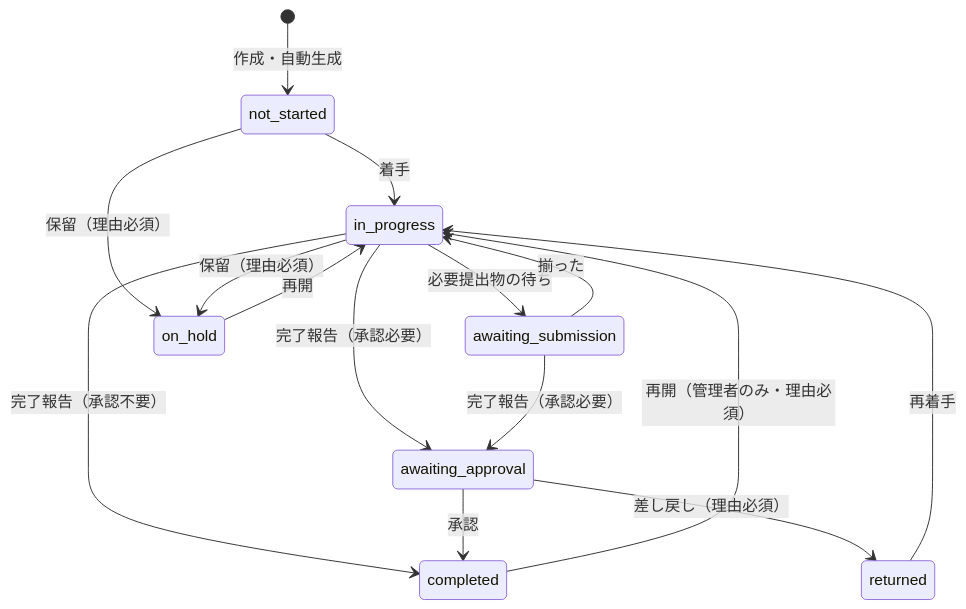
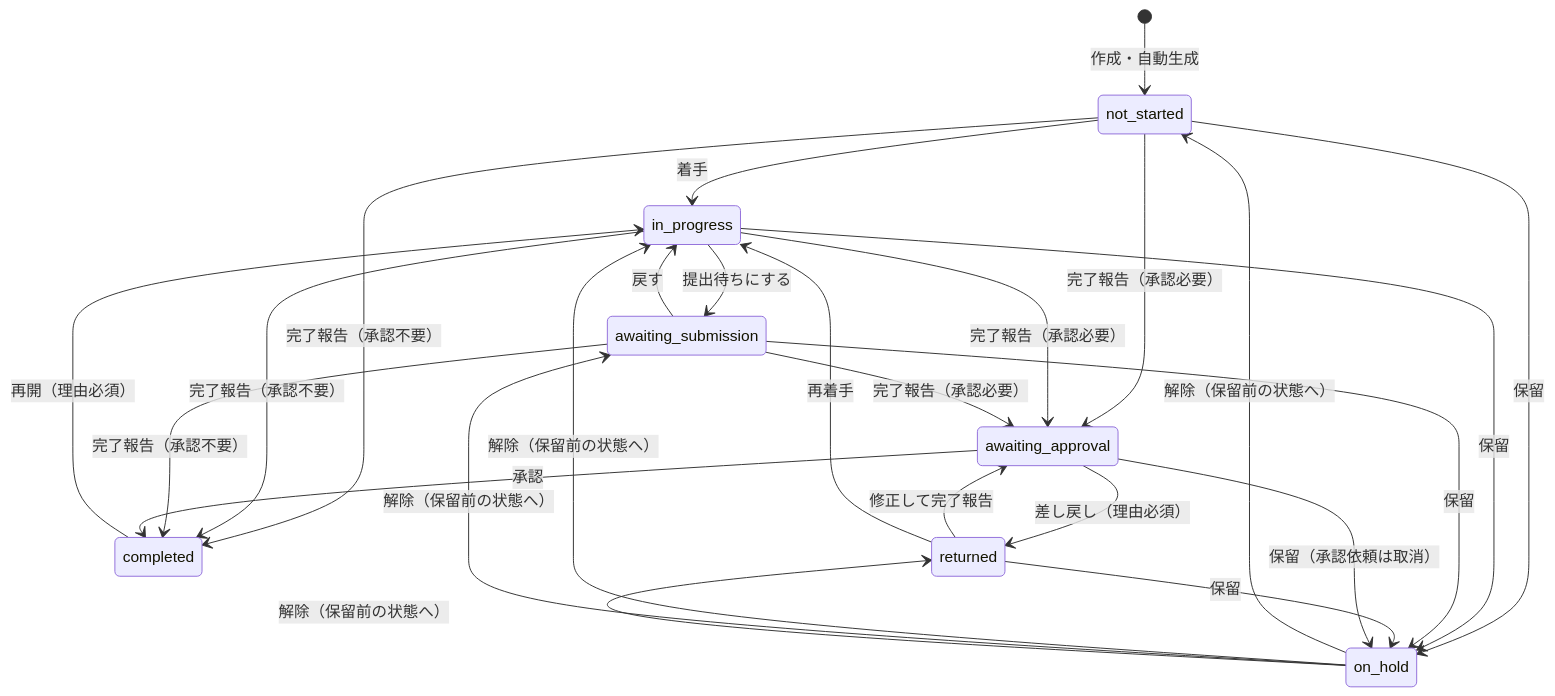
One commit to mao726/company changed the first of 2 diagrams in ai-facility-partner/docs/product/module-specifications.md. Above: the diagram before and after it, drawn with Mermaid. The commit also changed other lines of this file and 22 other files, not shown here.

````diff
--- a/ai-facility-partner/docs/product/module-specifications.md
+++ b/ai-facility-partner/docs/product/module-specifications.md
@@ -51,17 +66,27 @@
 ```mermaid
 stateDiagram-v2
   [*] --> not_started: 作成・自動生成
   not_started --> in_progress: 着手
-  in_progress --> awaiting_submission: 必要提出物の待ち
-  awaiting_submission --> in_progress: 揃った
+  not_started --> awaiting_approval: 完了報告（承認必要）
+  not_started --> completed: 完了報告（承認不要）
+  in_progress --> awaiting_submission: 提出待ちにする
+  awaiting_submission --> in_progress: 戻す
   in_progress --> awaiting_approval: 完了報告（承認必要）
+  in_progress --> completed: 完了報告（承認不要）
   awaiting_submission --> awaiting_approval: 完了報告（承認必要）
-  in_progress --> completed: 完了報告（承認不要）
+  awaiting_submission --> completed: 完了報告（承認不要）
+  returned --> awaiting_approval: 修正して完了報告
+  returned --> in_progress: 再着手
   awaiting_approval --> completed: 承認
   awaiting_approval --> returned: 差し戻し（理由必須）
-  returned --> in_progress: 再着手
-  not_started --> on_hold: 保留（理由必須）
-  in_progress --> on_hold: 保留（理由必須）
-  on_hold --> in_progress: 再開
-  completed --> in_progress: 再開（管理者のみ・理由必須）
+  not_started --> on_hold: 保留
+  in_progress --> on_hold: 保留
+  awaiting_submission --> on_hold: 保留
+  returned --> on_hold: 保留
+  awaiting_approval --> on_hold: 保留（承認依頼は取消）
+  on_hold --> not_started: 解除（保留前の状態へ）
+  on_hold --> in_progress: 解除（保留前の状態へ）
+  on_hold --> awaiting_submission: 解除（保留前の状態へ）
+  on_hold --> returned: 解除（保留前の状態へ）
+  completed --> in_progress: 再開（理由必須）
 ```
````
